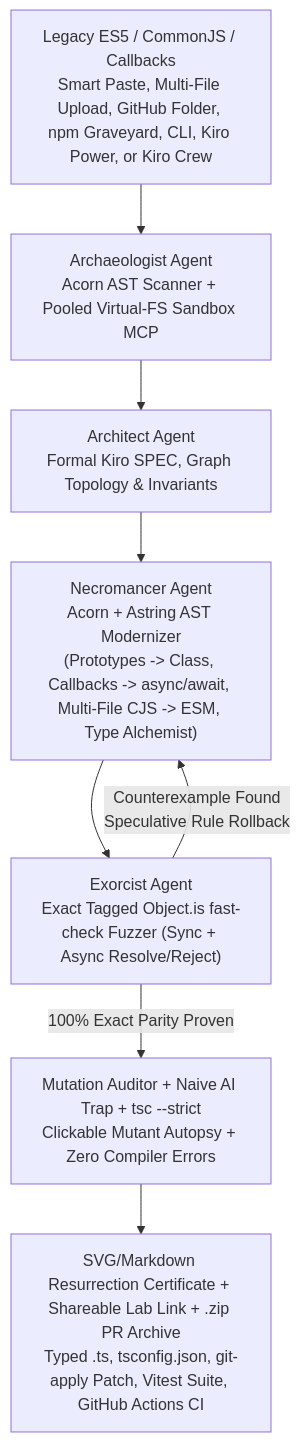
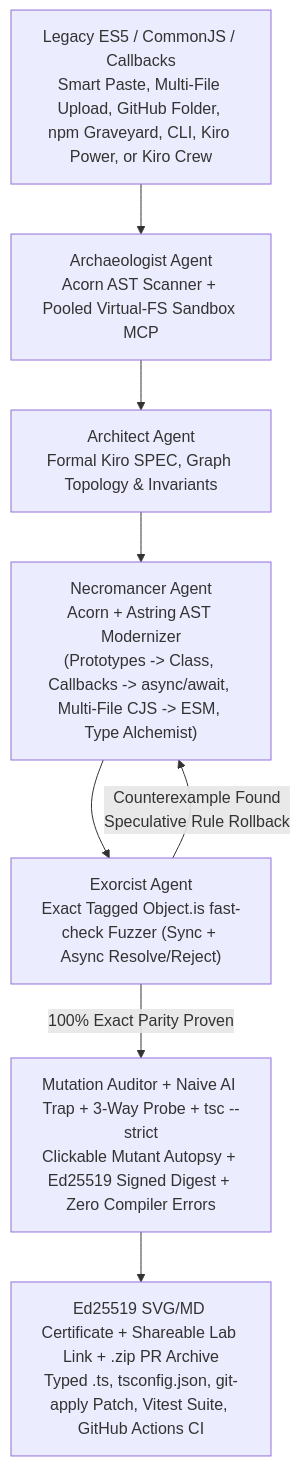
One commit to anjarkar25-max/lazarus changed the diagram in README.md. Above: the diagram before and after it, drawn with Mermaid. The commit also changed other lines of this file, not shown here.

Commit message:
docs(readme): sync final V13 Studio (995 tests, 1,074 combined, 23 Kiro specs, Ed25519 tamper verifier, 3-way probe)

````diff
--- a/README.md
+++ b/README.md
@@ -11,10 +11,10 @@
 ```mermaid
 flowchart TD
     A["Legacy ES5 / CommonJS / Callbacks<br/>Smart Paste, Multi-File Upload, GitHub Folder, npm Graveyard, CLI, Kiro Power, or Kiro Crew"] --> B["Archaeologist Agent<br/>Acorn AST Scanner + Pooled Virtual-FS Sandbox MCP"]
     B --> C["Architect Agent<br/>Formal Kiro SPEC, Graph Topology & Invariants"]
     C --> D["Necromancer Agent<br/>Acorn + Astring AST Modernizer<br/>(Prototypes -> Class, Callbacks -> async/await, Multi-File CJS -> ESM, Type Alchemist)"]
     D --> E["Exorcist Agent<br/>Exact Tagged Object.is fast-check Fuzzer (Sync + Async Resolve/Reject)"]
     E -- "Counterexample Found<br/>Speculative Rule Rollback" --> D
-    E -- "100% Exact Parity Proven" --> F["Mutation Auditor + Naive AI Trap + tsc --strict<br/>Clickable Mutant Autopsy + Zero Compiler Errors"]
-    F --> G["SVG/Markdown Resurrection Certificate + Shareable Lab Link + .zip PR Archive<br/>Typed .ts, tsconfig.json, git-apply Patch, Vitest Suite, GitHub Actions CI"]
+    E -- "100% Exact Parity Proven" --> F["Mutation Auditor + Naive AI Trap + 3-Way Probe + tsc --strict<br/>Clickable Mutant Autopsy + Ed25519 Signed Digest + Zero Compiler Errors"]
+    F --> G["Ed25519 SVG/MD Certificate + Shareable Lab Link + .zip PR Archive<br/>Typed .ts, tsconfig.json, git-apply Patch, Vitest Suite, GitHub Actions CI"]
 ```
````
